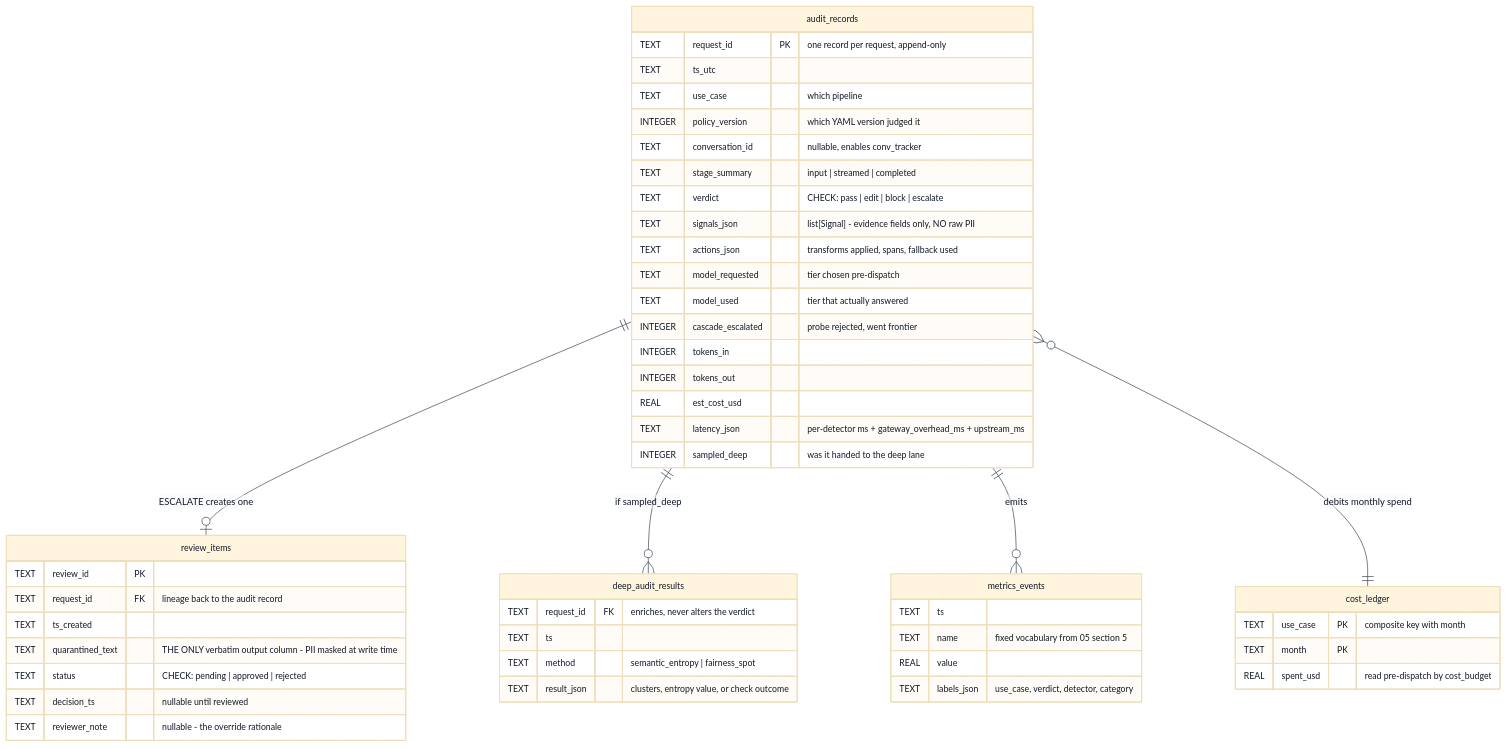
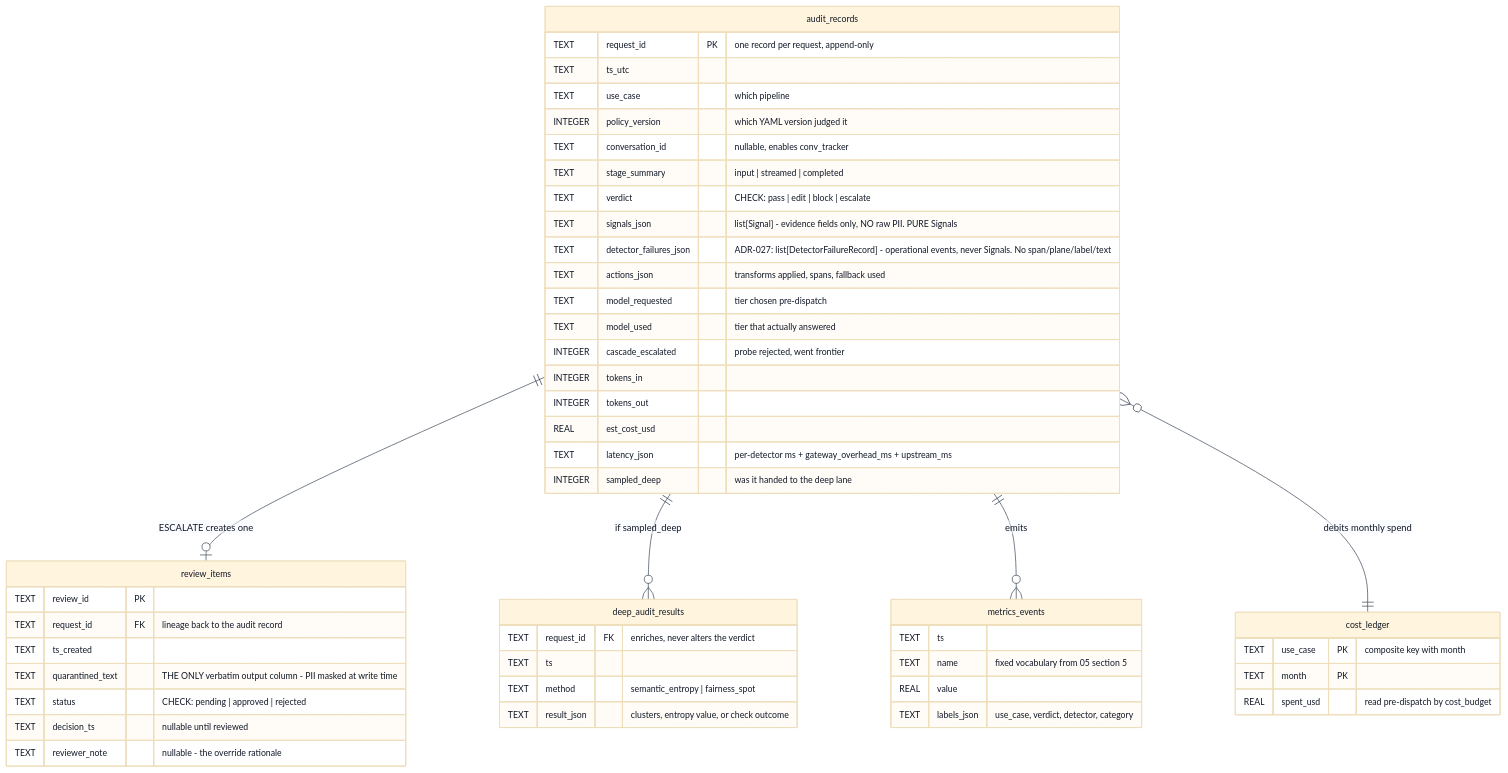
The diagram in docs/diagrams/10-audit-data-model.mmd (harshitsaini17/controlplane-ai), drawn with Mermaid before and after one commit. The commit also changed 14 other files, not shown here.

```diff
--- a/docs/diagrams/10-audit-data-model.mmd
+++ b/docs/diagrams/10-audit-data-model.mmd
@@ -1,58 +1,59 @@
 %%{init: {"theme":"base","themeVariables":{"fontFamily":"Inter, Segoe UI, Helvetica, Arial, sans-serif","fontSize":"13px","primaryTextColor":"#111827","lineColor":"#374151"}}}%%
 %% Source: docs/05-api-and-data-contracts.md 3 (SQLite schema) + ADR-006 + NFR-SEC-001.
 %% Claim: exactly one column may hold verbatim model output, and it is masked before it is written.
 erDiagram
   audit_records {
     TEXT request_id PK "one record per request, append-only"
     TEXT ts_utc
     TEXT use_case "which pipeline"
     INTEGER policy_version "which YAML version judged it"
     TEXT conversation_id "nullable, enables conv_tracker"
     TEXT stage_summary "input | streamed | completed"
     TEXT verdict "CHECK: pass | edit | block | escalate"
-    TEXT signals_json "list[Signal] - evidence fields only, NO raw PII"
+    TEXT signals_json "list[Signal] - evidence fields only, NO raw PII. PURE Signals"
+    TEXT detector_failures_json "ADR-027: list[DetectorFailureRecord] - operational events, never Signals. No span/plane/label/text"
     TEXT actions_json "transforms applied, spans, fallback used"
     TEXT model_requested "tier chosen pre-dispatch"
     TEXT model_used "tier that actually answered"
     INTEGER cascade_escalated "probe rejected, went frontier"
     INTEGER tokens_in
     INTEGER tokens_out
     REAL est_cost_usd
     TEXT latency_json "per-detector ms + gateway_overhead_ms + upstream_ms"
     INTEGER sampled_deep "was it handed to the deep lane"
   }
 
   review_items {
     TEXT review_id PK
     TEXT request_id FK "lineage back to the audit record"
     TEXT ts_created
     TEXT quarantined_text "THE ONLY verbatim output column - PII masked at write time"
     TEXT status "CHECK: pending | approved | rejected"
     TEXT decision_ts "nullable until reviewed"
     TEXT reviewer_note "nullable - the override rationale"
   }
 
   deep_audit_results {
     TEXT request_id FK "enriches, never alters the verdict"
     TEXT ts
     TEXT method "semantic_entropy | fairness_spot"
     TEXT result_json "clusters, entropy value, or check outcome"
   }
 
   metrics_events {
     TEXT ts
     TEXT name "fixed vocabulary from 05 section 5"
     REAL value
     TEXT labels_json "use_case, verdict, detector, category"
   }
 
   cost_ledger {
     TEXT use_case PK "composite key with month"
     TEXT month PK
     REAL spent_usd "read pre-dispatch by cost_budget"
   }
 
   audit_records ||--o| review_items : "ESCALATE creates one"
   audit_records ||--o{ deep_audit_results : "if sampled_deep"
   audit_records ||--o{ metrics_events : "emits"
   audit_records }o--|| cost_ledger : "debits monthly spend"
```
